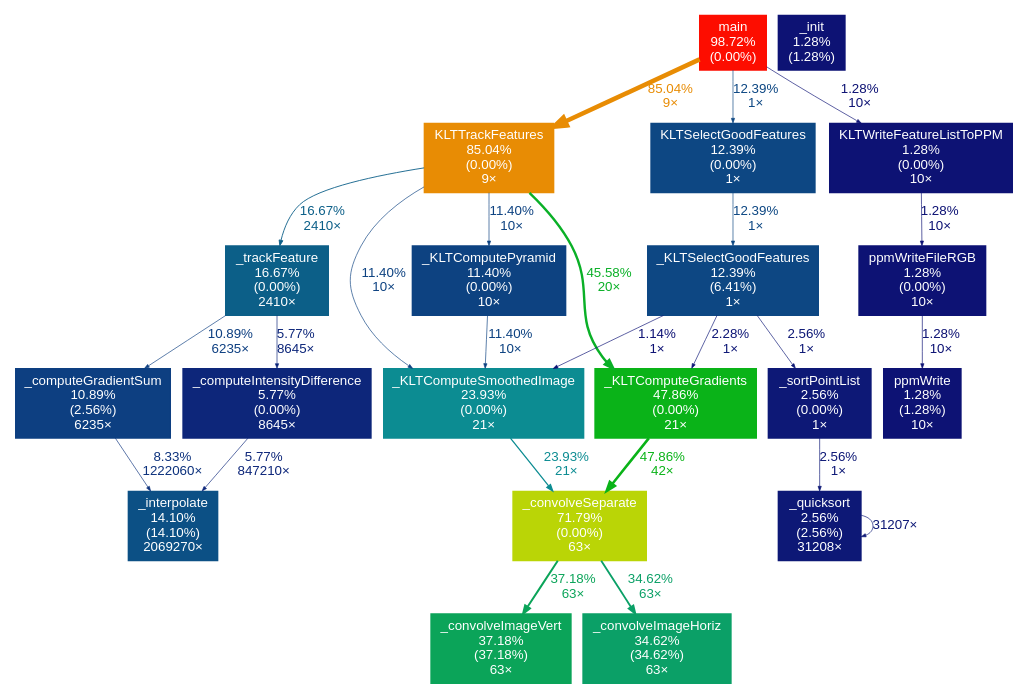
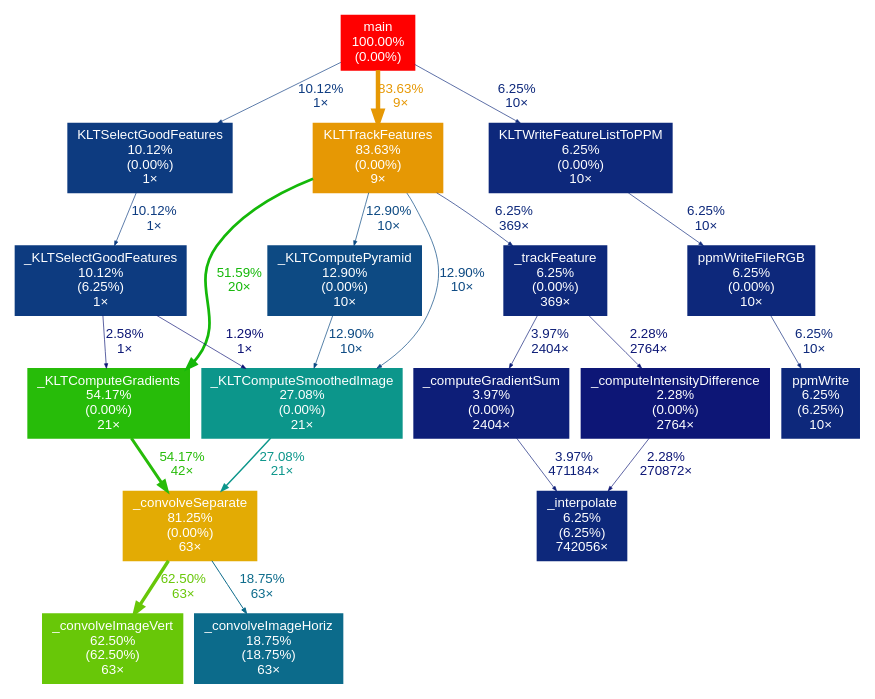
Before and after one commit to MuhammaDaniyal/Complex_Computing_Problem: the diagram in p.dot, drawn with Graphviz. The commit also changed 18 other files, not shown here.

```diff
--- a/p.dot
+++ b/p.dot
@@ -1,49 +1,43 @@
 digraph {
 	graph [fontname=Arial, ranksep=0.25, nodesep=0.125];
 	node [fontname=Arial, shape=box, style=filled, fontcolor=white, width=0, height=0];
 	edge [fontname=Arial];
-	1 [label="main\n98.72%\n(0.00%)", color="#fd0d00", fontcolor="#ffffff", fontsize="10.00"];
-	1 -> 2 [label="85.04%\n9×", color="#e88c04", fontcolor="#e88c04", fontsize="10.00", penwidth="3.40", labeldistance="3.40", arrowsize="0.92"];
-	1 -> 10 [label="12.39%\n1×", color="#0d4783", fontcolor="#0d4783", fontsize="10.00", penwidth="0.50", labeldistance="0.50", arrowsize="0.35"];
-	1 -> 17 [label="1.28%\n10×", color="#0d1274", fontcolor="#0d1274", fontsize="10.00", penwidth="0.50", labeldistance="0.50", arrowsize="0.35"];
-	2 [label="KLTTrackFeatures\n85.04%\n(0.00%)\n9×", color="#e88c04", fontcolor="#ffffff", fontsize="10.00"];
-	2 -> 4 [label="45.58%\n20×", color="#0ab027", fontcolor="#0ab027", fontsize="10.00", penwidth="1.82", labeldistance="1.82", arrowsize="0.68"];
-	2 -> 8 [label="16.67%\n2410×", color="#0c5f88", fontcolor="#0c5f88", fontsize="10.00", penwidth="0.67", labeldistance="0.67", arrowsize="0.41"];
-	2 -> 7 [label="11.40%\n10×", color="#0d4281", fontcolor="#0d4281", fontsize="10.00", penwidth="0.50", labeldistance="0.50", arrowsize="0.35"];
-	2 -> 12 [label="11.40%\n10×", color="#0d4281", fontcolor="#0d4281", fontsize="10.00", penwidth="0.50", labeldistance="0.50", arrowsize="0.35"];
-	3 [label="_convolveSeparate\n71.79%\n(0.00%)\n63×", color="#bad506", fontcolor="#ffffff", fontsize="10.00"];
-	3 -> 5 [label="37.18%\n63×", color="#0ba459", fontcolor="#0ba459", fontsize="10.00", penwidth="1.49", labeldistance="1.49", arrowsize="0.61"];
-	3 -> 6 [label="34.62%\n63×", color="#0ba067", fontcolor="#0ba067", fontsize="10.00", penwidth="1.38", labeldistance="1.38", arrowsize="0.59"];
-	4 [label="_KLTComputeGradients\n47.86%\n(0.00%)\n21×", color="#0ab318", fontcolor="#ffffff", fontsize="10.00"];
-	4 -> 3 [label="47.86%\n42×", color="#0ab318", fontcolor="#0ab318", fontsize="10.00", penwidth="1.91", labeldistance="1.91", arrowsize="0.69"];
-	5 [label="_convolveImageVert\n37.18%\n(37.18%)\n63×", color="#0ba459", fontcolor="#ffffff", fontsize="10.00"];
-	6 [label="_convolveImageHoriz\n34.62%\n(34.62%)\n63×", color="#0ba067", fontcolor="#ffffff", fontsize="10.00"];
-	7 [label="_KLTComputeSmoothedImage\n23.93%\n(0.00%)\n21×", color="#0c8c92", fontcolor="#ffffff", fontsize="10.00"];
-	7 -> 3 [label="23.93%\n21×", color="#0c8c92", fontcolor="#0c8c92", fontsize="10.00", penwidth="0.96", labeldistance="0.96", arrowsize="0.49"];
-	8 [label="_trackFeature\n16.67%\n(0.00%)\n2410×", color="#0c5f88", fontcolor="#ffffff", fontsize="10.00"];
-	8 -> 13 [label="10.89%\n6235×", color="#0d3f81", fontcolor="#0d3f81", fontsize="10.00", penwidth="0.50", labeldistance="0.50", arrowsize="0.35"];
-	8 -> 14 [label="5.77%\n8645×", color="#0d267a", fontcolor="#0d267a", fontsize="10.00", penwidth="0.50", labeldistance="0.50", arrowsize="0.35"];
-	9 [label="_interpolate\n14.10%\n(14.10%)\n2069270×", color="#0c5085", fontcolor="#ffffff", fontsize="10.00"];
-	10 [label="KLTSelectGoodFeatures\n12.39%\n(0.00%)\n1×", color="#0d4783", fontcolor="#ffffff", fontsize="10.00"];
-	10 -> 11 [label="12.39%\n1×", color="#0d4783", fontcolor="#0d4783", fontsize="10.00", penwidth="0.50", labeldistance="0.50", arrowsize="0.35"];
-	11 [label="_KLTSelectGoodFeatures\n12.39%\n(6.41%)\n1×", color="#0d4783", fontcolor="#ffffff", fontsize="10.00"];
-	11 -> 16 [label="2.56%\n1×", color="#0d1876", fontcolor="#0d1876", fontsize="10.00", penwidth="0.50", labeldistance="0.50", arrowsize="0.35"];
-	11 -> 4 [label="2.28%\n1×", color="#0d1676", fontcolor="#0d1676", fontsize="10.00", penwidth="0.50", labeldistance="0.50", arrowsize="0.35"];
-	11 -> 7 [label="1.14%\n1×", color="#0d1174", fontcolor="#0d1174", fontsize="10.00", penwidth="0.50", labeldistance="0.50", arrowsize="0.35"];
-	12 [label="_KLTComputePyramid\n11.40%\n(0.00%)\n10×", color="#0d4281", fontcolor="#ffffff", fontsize="10.00"];
-	12 -> 7 [label="11.40%\n10×", color="#0d4281", fontcolor="#0d4281", fontsize="10.00", penwidth="0.50", labeldistance="0.50", arrowsize="0.35"];
-	13 [label="_computeGradientSum\n10.89%\n(2.56%)\n6235×", color="#0d3f81", fontcolor="#ffffff", fontsize="10.00"];
-	13 -> 9 [label="8.33%\n1222060×", color="#0d327d", fontcolor="#0d327d", fontsize="10.00", penwidth="0.50", labeldistance="0.50", arrowsize="0.35"];
-	14 [label="_computeIntensityDifference\n5.77%\n(0.00%)\n8645×", color="#0d267a", fontcolor="#ffffff", fontsize="10.00"];
-	14 -> 9 [label="5.77%\n847210×", color="#0d267a", fontcolor="#0d267a", fontsize="10.00", penwidth="0.50", labeldistance="0.50", arrowsize="0.35"];
-	15 [label="_quicksort\n2.56%\n(2.56%)\n31208×", color="#0d1876", fontcolor="#ffffff", fontsize="10.00"];
-	15 -> 15 [label="31207×", color="#0d1876", fontcolor="#0d1876", fontsize="10.00", penwidth="0.50", labeldistance="0.50", arrowsize="0.35"];
-	16 [label="_sortPointList\n2.56%\n(0.00%)\n1×", color="#0d1876", fontcolor="#ffffff", fontsize="10.00"];
-	16 -> 15 [label="2.56%\n1×", color="#0d1876", fontcolor="#0d1876", fontsize="10.00", penwidth="0.50", labeldistance="0.50", arrowsize="0.35"];
-	17 [label="KLTWriteFeatureListToPPM\n1.28%\n(0.00%)\n10×", color="#0d1274", fontcolor="#ffffff", fontsize="10.00"];
-	17 -> 19 [label="1.28%\n10×", color="#0d1274", fontcolor="#0d1274", fontsize="10.00", penwidth="0.50", labeldistance="0.50", arrowsize="0.35"];
-	18 [label="ppmWrite\n1.28%\n(1.28%)\n10×", color="#0d1274", fontcolor="#ffffff", fontsize="10.00"];
-	19 [label="ppmWriteFileRGB\n1.28%\n(0.00%)\n10×", color="#0d1274", fontcolor="#ffffff", fontsize="10.00"];
-	19 -> 18 [label="1.28%\n10×", color="#0d1274", fontcolor="#0d1274", fontsize="10.00", penwidth="0.50", labeldistance="0.50", arrowsize="0.35"];
-	20 [label="_init\n1.28%\n(1.28%)", color="#0d1274", fontcolor="#ffffff", fontsize="10.00"];
+	1 [label="main\n100.00%\n(0.00%)", color="#ff0000", fontcolor="#ffffff", fontsize="10.00"];
+	1 -> 2 [label="83.63%\n9×", color="#e69804", fontcolor="#e69804", fontsize="10.00", penwidth="3.35", labeldistance="3.35", arrowsize="0.91"];
+	1 -> 9 [label="10.12%\n1×", color="#0d3b80", fontcolor="#0d3b80", fontsize="10.00", penwidth="0.50", labeldistance="0.50", arrowsize="0.35"];
+	1 -> 11 [label="6.25%\n10×", color="#0d287b", fontcolor="#0d287b", fontsize="10.00", penwidth="0.50", labeldistance="0.50", arrowsize="0.35"];
+	2 [label="KLTTrackFeatures\n83.63%\n(0.00%)\n9×", color="#e69804", fontcolor="#ffffff", fontsize="10.00"];
+	2 -> 5 [label="51.59%\n20×", color="#14b809", fontcolor="#14b809", fontsize="10.00", penwidth="2.06", labeldistance="2.06", arrowsize="0.72"];
+	2 -> 6 [label="12.90%\n10×", color="#0d4a83", fontcolor="#0d4a83", fontsize="10.00", penwidth="0.52", labeldistance="0.52", arrowsize="0.36"];
+	2 -> 8 [label="12.90%\n10×", color="#0d4a83", fontcolor="#0d4a83", fontsize="10.00", penwidth="0.52", labeldistance="0.52", arrowsize="0.36"];
+	2 -> 15 [label="6.25%\n369×", color="#0d287b", fontcolor="#0d287b", fontsize="10.00", penwidth="0.50", labeldistance="0.50", arrowsize="0.35"];
+	3 [label="_convolveSeparate\n81.25%\n(0.00%)\n63×", color="#e3ab04", fontcolor="#ffffff", fontsize="10.00"];
+	3 -> 4 [label="62.50%\n63×", color="#68c708", fontcolor="#68c708", fontsize="10.00", penwidth="2.50", labeldistance="2.50", arrowsize="0.79"];
+	3 -> 7 [label="18.75%\n63×", color="#0c6b8b", fontcolor="#0c6b8b", fontsize="10.00", penwidth="0.75", labeldistance="0.75", arrowsize="0.43"];
+	4 [label="_convolveImageVert\n62.50%\n(62.50%)\n63×", color="#68c708", fontcolor="#ffffff", fontsize="10.00"];
+	5 [label="_KLTComputeGradients\n54.17%\n(0.00%)\n21×", color="#27bc09", fontcolor="#ffffff", fontsize="10.00"];
+	5 -> 3 [label="54.17%\n42×", color="#27bc09", fontcolor="#27bc09", fontsize="10.00", penwidth="2.17", labeldistance="2.17", arrowsize="0.74"];
+	6 [label="_KLTComputeSmoothedImage\n27.08%\n(0.00%)\n21×", color="#0c968b", fontcolor="#ffffff", fontsize="10.00"];
+	6 -> 3 [label="27.08%\n21×", color="#0c968b", fontcolor="#0c968b", fontsize="10.00", penwidth="1.08", labeldistance="1.08", arrowsize="0.52"];
+	7 [label="_convolveImageHoriz\n18.75%\n(18.75%)\n63×", color="#0c6b8b", fontcolor="#ffffff", fontsize="10.00"];
+	8 [label="_KLTComputePyramid\n12.90%\n(0.00%)\n10×", color="#0d4a83", fontcolor="#ffffff", fontsize="10.00"];
+	8 -> 6 [label="12.90%\n10×", color="#0d4a83", fontcolor="#0d4a83", fontsize="10.00", penwidth="0.52", labeldistance="0.52", arrowsize="0.36"];
+	9 [label="KLTSelectGoodFeatures\n10.12%\n(0.00%)\n1×", color="#0d3b80", fontcolor="#ffffff", fontsize="10.00"];
+	9 -> 10 [label="10.12%\n1×", color="#0d3b80", fontcolor="#0d3b80", fontsize="10.00", penwidth="0.50", labeldistance="0.50", arrowsize="0.35"];
+	10 [label="_KLTSelectGoodFeatures\n10.12%\n(6.25%)\n1×", color="#0d3b80", fontcolor="#ffffff", fontsize="10.00"];
+	10 -> 5 [label="2.58%\n1×", color="#0d1876", fontcolor="#0d1876", fontsize="10.00", penwidth="0.50", labeldistance="0.50", arrowsize="0.35"];
+	10 -> 6 [label="1.29%\n1×", color="#0d1274", fontcolor="#0d1274", fontsize="10.00", penwidth="0.50", labeldistance="0.50", arrowsize="0.35"];
+	11 [label="KLTWriteFeatureListToPPM\n6.25%\n(0.00%)\n10×", color="#0d287b", fontcolor="#ffffff", fontsize="10.00"];
+	11 -> 13 [label="6.25%\n10×", color="#0d287b", fontcolor="#0d287b", fontsize="10.00", penwidth="0.50", labeldistance="0.50", arrowsize="0.35"];
+	12 [label="ppmWrite\n6.25%\n(6.25%)\n10×", color="#0d287b", fontcolor="#ffffff", fontsize="10.00"];
+	13 [label="ppmWriteFileRGB\n6.25%\n(0.00%)\n10×", color="#0d287b", fontcolor="#ffffff", fontsize="10.00"];
+	13 -> 12 [label="6.25%\n10×", color="#0d287b", fontcolor="#0d287b", fontsize="10.00", penwidth="0.50", labeldistance="0.50", arrowsize="0.35"];
+	14 [label="_interpolate\n6.25%\n(6.25%)\n742056×", color="#0d287b", fontcolor="#ffffff", fontsize="10.00"];
+	15 [label="_trackFeature\n6.25%\n(0.00%)\n369×", color="#0d287b", fontcolor="#ffffff", fontsize="10.00"];
+	15 -> 16 [label="3.97%\n2404×", color="#0d1e78", fontcolor="#0d1e78", fontsize="10.00", penwidth="0.50", labeldistance="0.50", arrowsize="0.35"];
+	15 -> 17 [label="2.28%\n2764×", color="#0d1676", fontcolor="#0d1676", fontsize="10.00", penwidth="0.50", labeldistance="0.50", arrowsize="0.35"];
+	16 [label="_computeGradientSum\n3.97%\n(0.00%)\n2404×", color="#0d1e78", fontcolor="#ffffff", fontsize="10.00"];
+	16 -> 14 [label="3.97%\n471184×", color="#0d1e78", fontcolor="#0d1e78", fontsize="10.00", penwidth="0.50", labeldistance="0.50", arrowsize="0.35"];
+	17 [label="_computeIntensityDifference\n2.28%\n(0.00%)\n2764×", color="#0d1676", fontcolor="#ffffff", fontsize="10.00"];
+	17 -> 14 [label="2.28%\n270872×", color="#0d1676", fontcolor="#0d1676", fontsize="10.00", penwidth="0.50", labeldistance="0.50", arrowsize="0.35"];
 }
```
